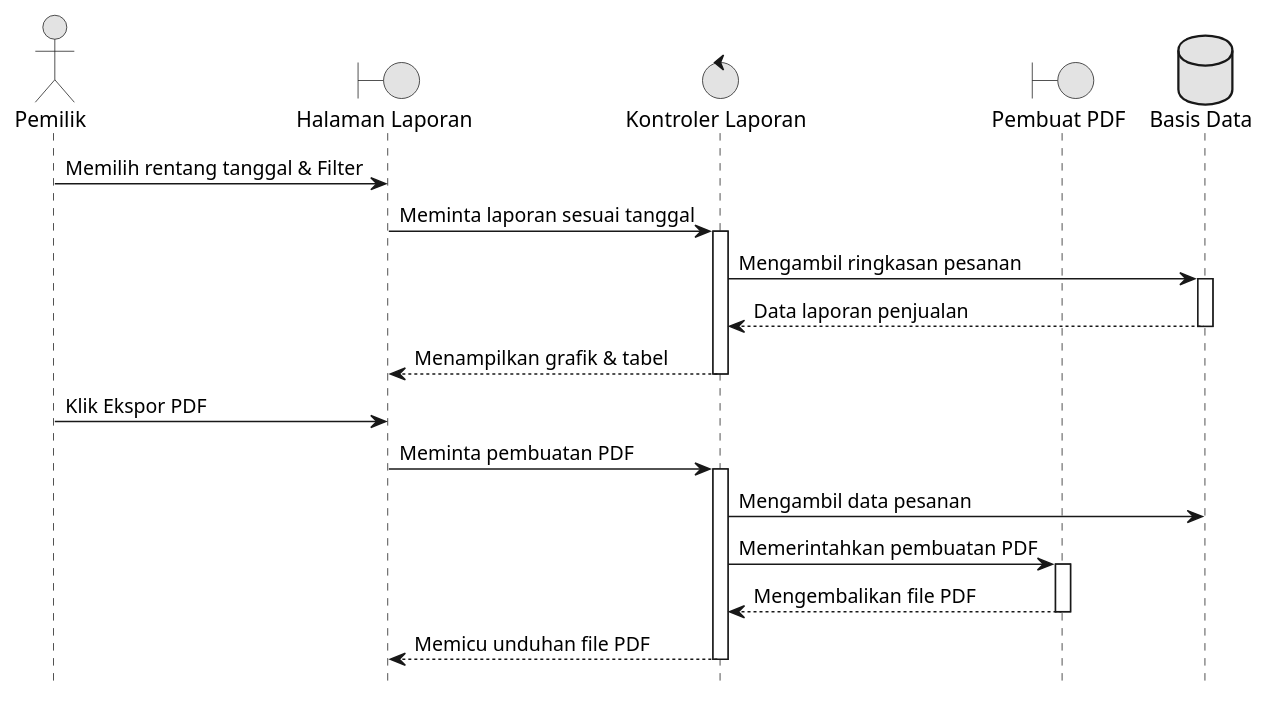
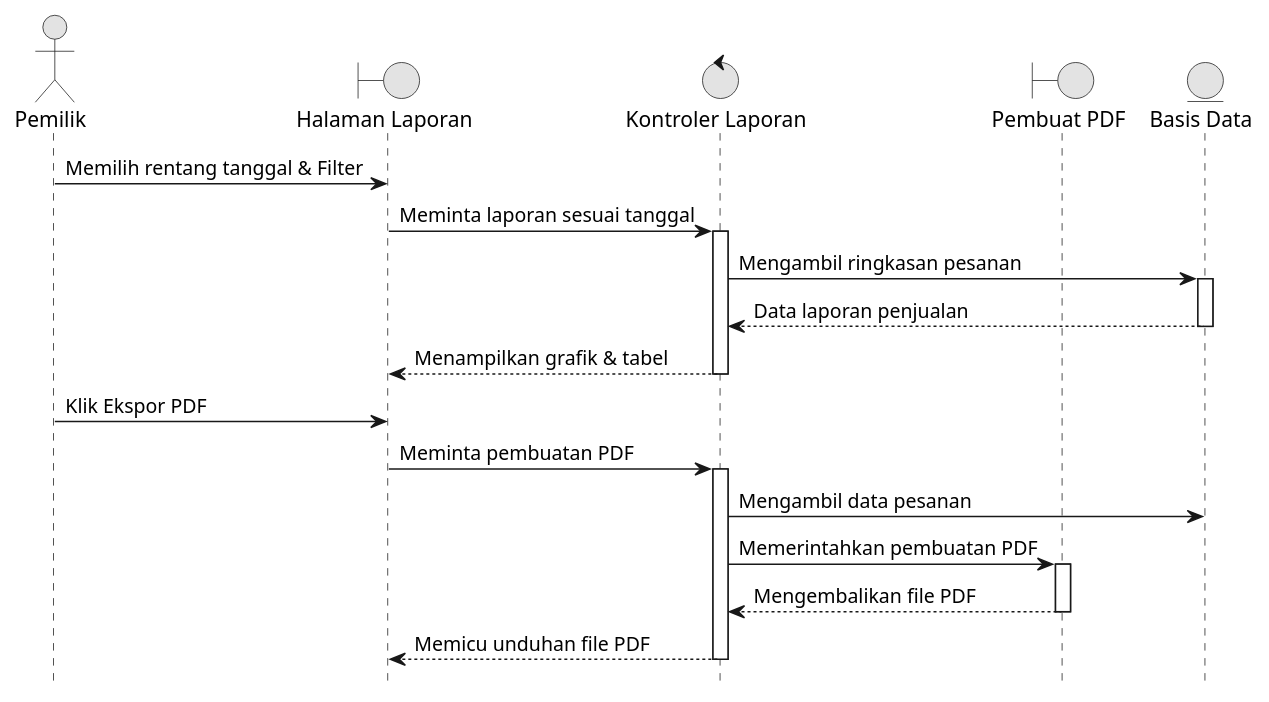
One commit to Reyonl/project_TA changed diagram 12 of 12 in docs/diagrams/semua_diagram.puml. Above: the diagram before and after it, drawn with PlantUML. The commit also changed other lines of this file and 18 other files, not shown here.

```diff
--- a/docs/diagrams/semua_diagram.puml
+++ b/docs/diagrams/semua_diagram.puml
@@ -394,32 +395,32 @@
 @startuml 11_Laporan
 hide footbox
 skinparam monochrome true
 skinparam shadowing false
 
 actor "Pemilik" as Owner
 boundary "Halaman Laporan" as View
 control "Kontroler Laporan" as Controller
 boundary "Pembuat PDF" as PDF
-database "Basis Data" as DB
+entity "Basis Data" as DB
 
 Owner -> View : Memilih rentang tanggal & Filter
 View -> Controller : Meminta laporan sesuai tanggal
 activate Controller
 Controller -> DB : Mengambil ringkasan pesanan
 activate DB
 DB --> Controller : Data laporan penjualan
 deactivate DB
 Controller --> View : Menampilkan grafik & tabel
 deactivate Controller
 
 Owner -> View : Klik Ekspor PDF
 View -> Controller : Meminta pembuatan PDF
 activate Controller
 Controller -> DB : Mengambil data pesanan
 Controller -> PDF : Memerintahkan pembuatan PDF
 activate PDF
 PDF --> Controller : Mengembalikan file PDF
 deactivate PDF
 Controller --> View : Memicu unduhan file PDF
 deactivate Controller
 @enduml
```
